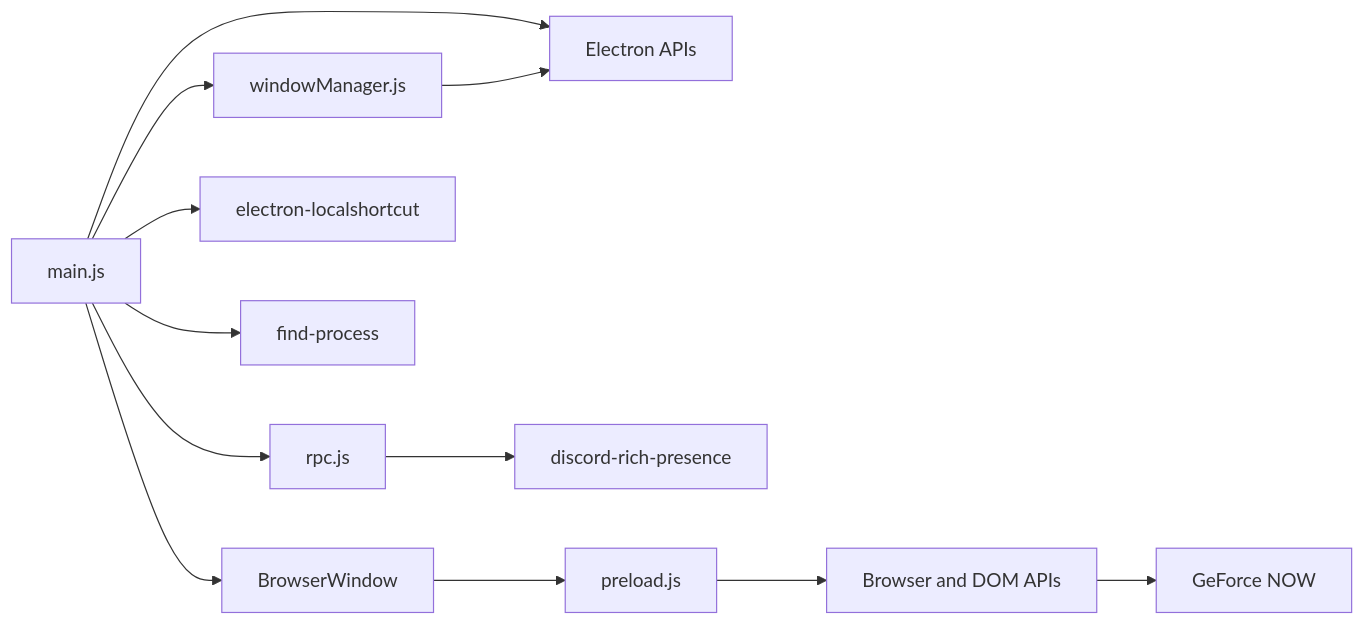
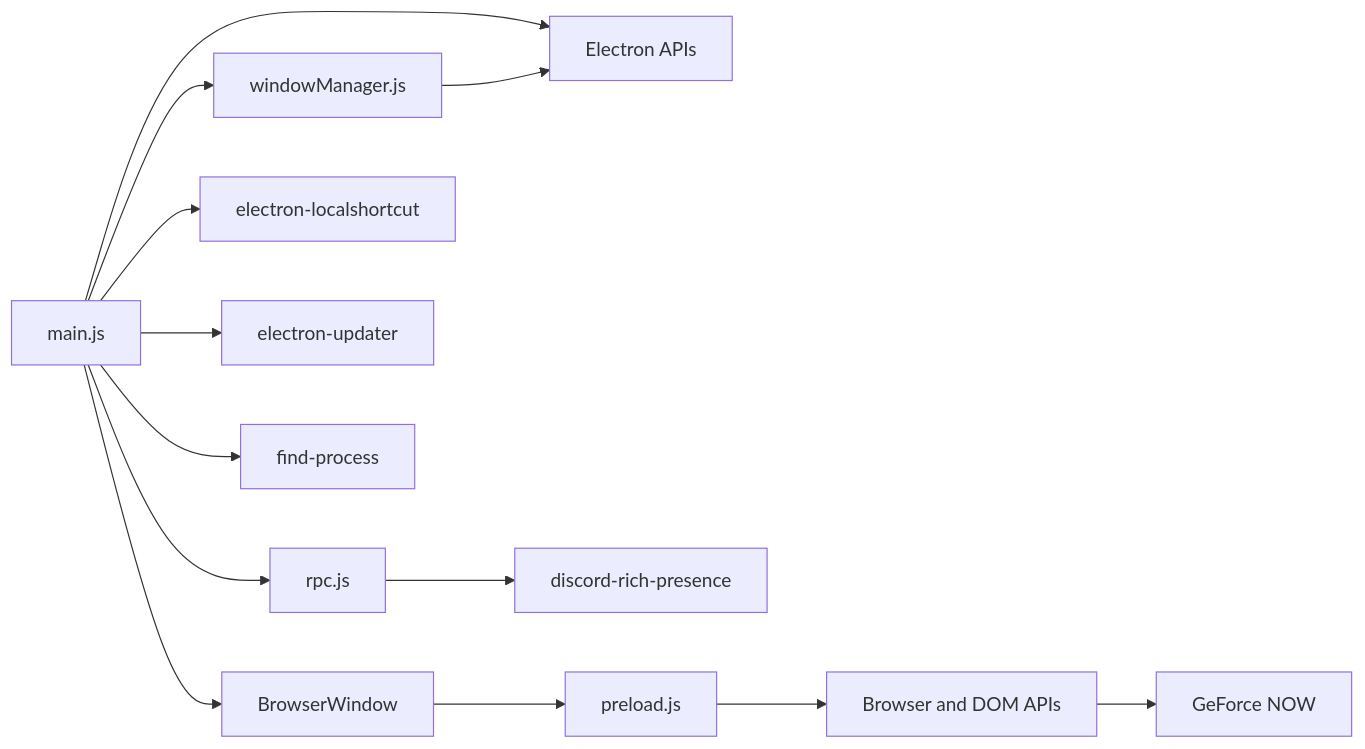
Before and after one commit to hmlendea/gfn-electron: the eighth of 8 diagrams in ARCHITECTURE.md, drawn with Mermaid. The commit also changed other lines of this file and 6 other files, not shown here.

````diff
--- a/ARCHITECTURE.md
+++ b/ARCHITECTURE.md
@@ -358,14 +358,15 @@
 ```mermaid
 flowchart LR
   main["main.js"] --> electron["Electron APIs"]
   main --> windowManager["windowManager.js"]
   main --> rpc["rpc.js"]
   main --> shortcuts["electron-localshortcut"]
+  main --> updater["electron-updater"]
   main --> processProbe["find-process"]
   windowManager --> electron
   rpc --> discordLibrary["discord-rich-presence"]
   main --> window["BrowserWindow"]
   window --> preload["preload.js"]
   preload --> browser["Browser and DOM APIs"]
   browser --> remote["GeForce NOW"]
 ```
````
